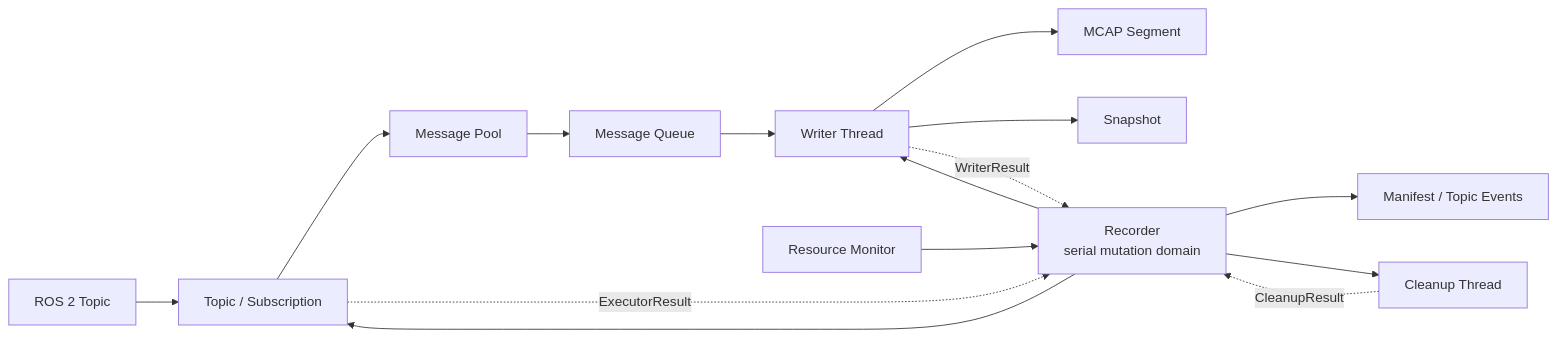
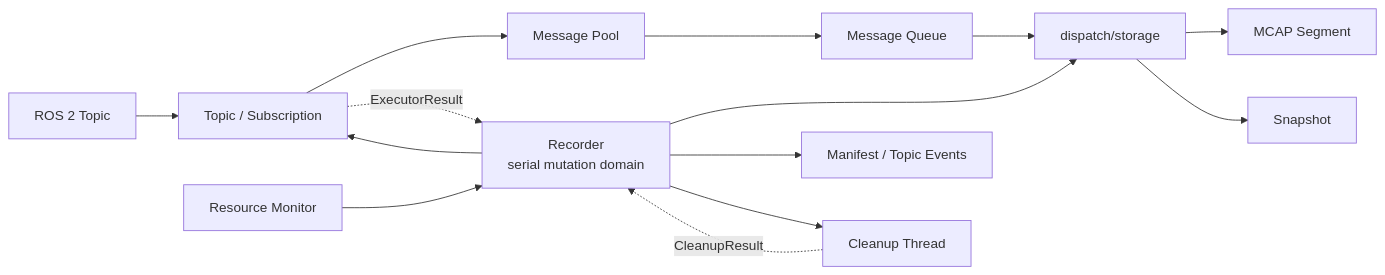
Before and after one commit to SiYueY/ros2_bag: the second of 8 diagrams in docs/recorder.md, drawn with Mermaid. The commit also changed other lines of this file and 7 other files, not shown here.

````diff
--- a/docs/recorder.md
+++ b/docs/recorder.md
@@ -335,20 +335,19 @@
 ```mermaid
 flowchart LR
     ROS["ROS 2 Topic"] --> TOPIC["Topic / Subscription"]
     TOPIC --> POOL["Message Pool"]
     POOL --> QUEUE["Message Queue"]
-    QUEUE --> WRITER["Writer Thread"]
+    QUEUE --> WRITER["dispatch/storage"]
     WRITER --> MCAP["MCAP Segment"]
     WRITER --> SNAP["Snapshot"]
 
     REC["Recorder\nserial mutation domain"] --> TOPIC
     REC --> WRITER
     REC --> PERSIST["Manifest / Topic Events"]
     REC --> CLEAN["Cleanup Thread"]
 
     MON["Resource Monitor"] --> REC
 
-    WRITER -. "WriterResult" .-> REC
     CLEAN -. "CleanupResult" .-> REC
     TOPIC -. "ExecutorResult" .-> REC
 ```
````
